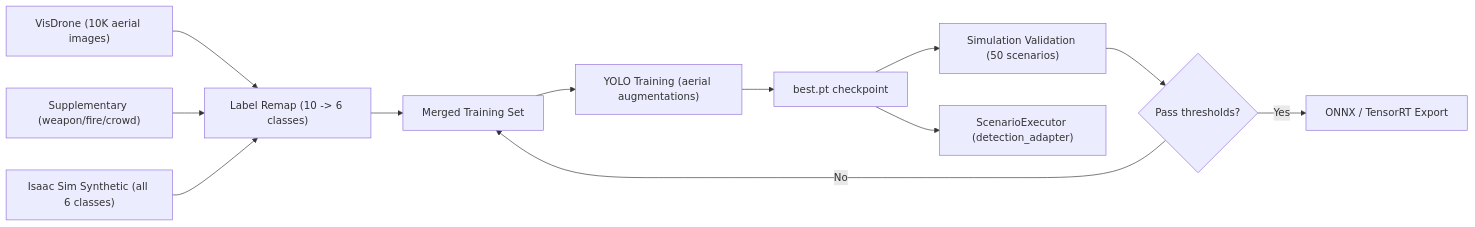
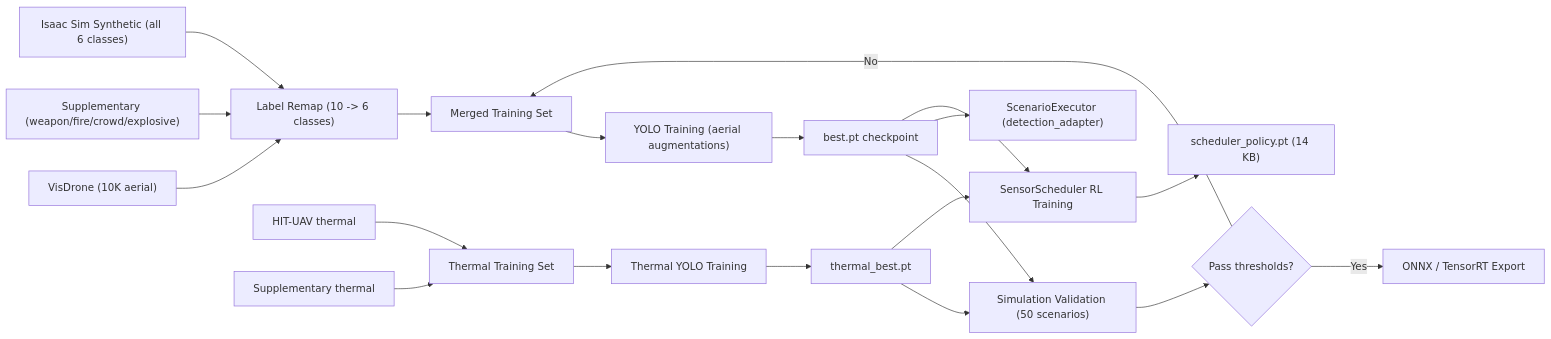
The second of 2 diagrams in docs/ARCHITECTURE.md (aniket-27507/Sanjay_MK2), drawn with Mermaid before and after one commit. The commit also changed other lines of this file and 15 other files, not shown here.

````diff
--- a/docs/ARCHITECTURE.md
+++ b/docs/ARCHITECTURE.md
@@ -207,14 +420,24 @@
 ```mermaid
 flowchart LR
-    A["VisDrone (10K aerial images)"] --> D["Label Remap (10 -> 6 classes)"]
-    B["Supplementary (weapon/fire/crowd)"] --> D
+    A["VisDrone (10K aerial)"] --> D["Label Remap (10 -> 6 classes)"]
+    B["Supplementary (weapon/fire/crowd/explosive)"] --> D
     C["Isaac Sim Synthetic (all 6 classes)"] --> D
     D --> E["Merged Training Set"]
     E --> F["YOLO Training (aerial augmentations)"]
     F --> G["best.pt checkpoint"]
     G --> H["Simulation Validation (50 scenarios)"]
     H --> I{Pass thresholds?}
     I -->|Yes| J["ONNX / TensorRT Export"]
     I -->|No| E
     G --> K["ScenarioExecutor (detection_adapter)"]
+
+    T1["HIT-UAV thermal"] --> T2["Thermal Training Set"]
+    T3["Supplementary thermal"] --> T2
+    T2 --> T4["Thermal YOLO Training"]
+    T4 --> T5["thermal_best.pt"]
+    T5 --> H
+
+    G --> SRL["SensorScheduler RL Training"]
+    T5 --> SRL
+    SRL --> SP["scheduler_policy.pt (14 KB)"]
 ```
````
